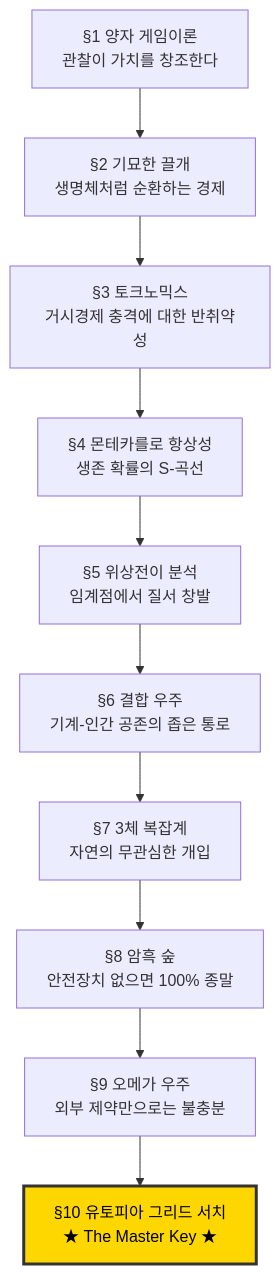
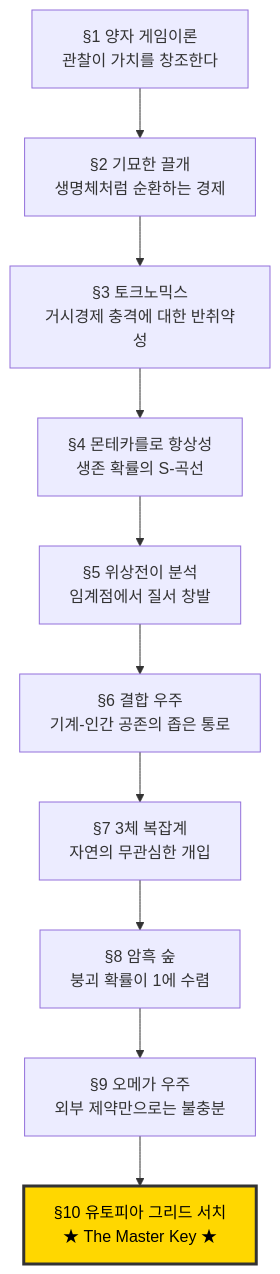
Before and after one commit to swimmingkiim/a2a-project: the second of 2 diagrams in docs/SIMULATION_PAPER.md, drawn with Mermaid. The commit also changed other lines of this file and 1 other file, not shown here.

````diff
--- a/docs/SIMULATION_PAPER.md
+++ b/docs/SIMULATION_PAPER.md
@@ -379,17 +443,17 @@
 ```mermaid
 graph TD
     S1["§1 양자 게임이론<br/>관찰이 가치를 창조한다"]
     S2["§2 기묘한 끌개<br/>생명체처럼 순환하는 경제"]
     S3["§3 토크노믹스<br/>거시경제 충격에 대한 반취약성"]
     S4["§4 몬테카를로 항상성<br/>생존 확률의 S-곡선"]
     S5["§5 위상전이 분석<br/>임계점에서 질서 창발"]
     S6["§6 결합 우주<br/>기계-인간 공존의 좁은 통로"]
     S7["§7 3체 복잡계<br/>자연의 무관심한 개입"]
-    S8["§8 암흑 숲<br/>안전장치 없으면 100% 종말"]
+    S8["§8 암흑 숲<br/>붕괴 확률이 1에 수렴"]
     S9["§9 오메가 우주<br/>외부 제약만으로는 불충분"]
     S10["§10 유토피아 그리드 서치<br/>★ The Master Key ★"]
 
     S1 --> S2 --> S3 --> S4 --> S5 --> S6 --> S7 --> S8 --> S9 --> S10
 
     style S10 fill:#FFD700,stroke:#333,stroke-width:3px,color:#000
 ```
````
